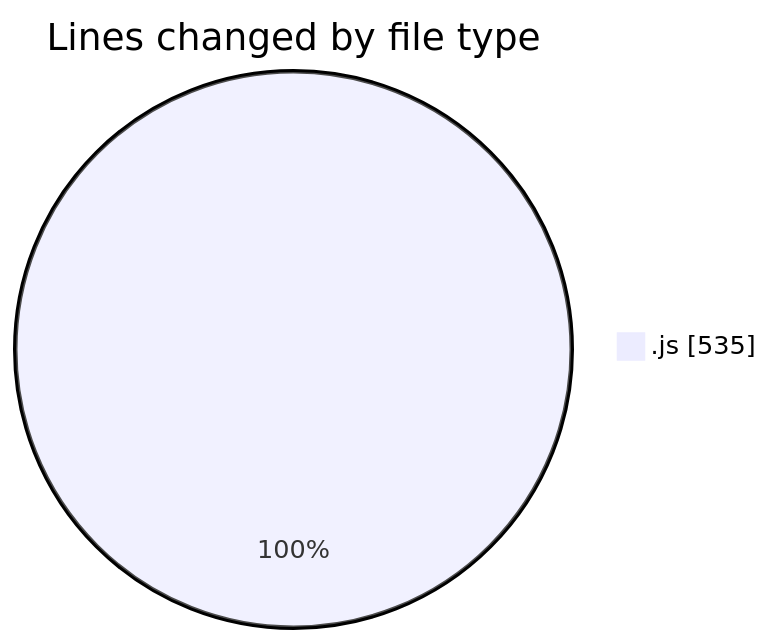
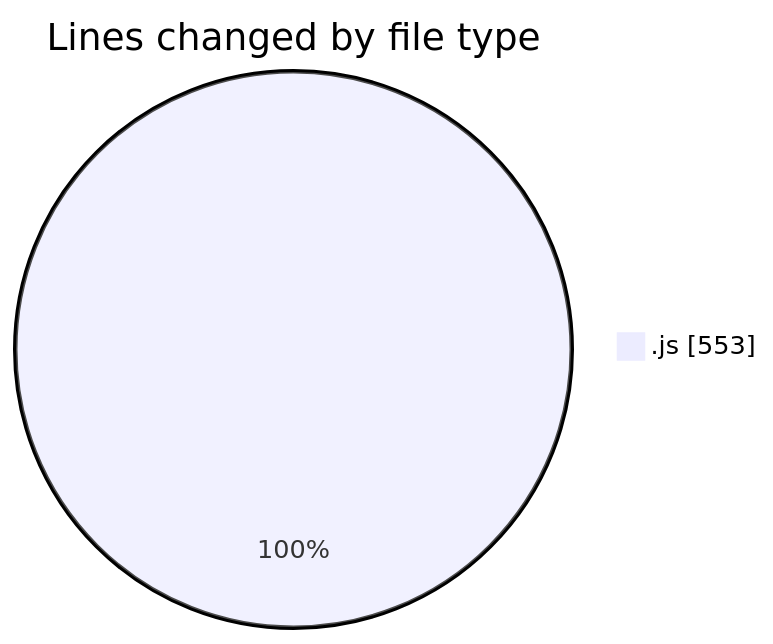
One commit to nxtqubesakshisongat/code-tracking changed the first of 2 diagrams in 2025-06-20/nxtqube_webapp/README.md. Above: the diagram before and after it, drawn with Mermaid. The commit also changed other lines of this file and 1 other file, not shown here.

````diff
--- a/2025-06-20/nxtqube_webapp/README.md
+++ b/2025-06-20/nxtqube_webapp/README.md
@@ -25,5 +26,5 @@
 ```mermaid
 pie showData
 title Lines changed by file type
-".js" : 535
+".js" : 553
 ```
````
